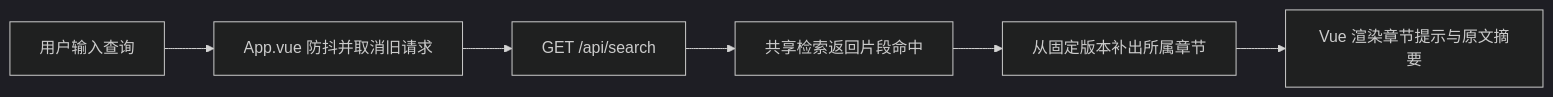
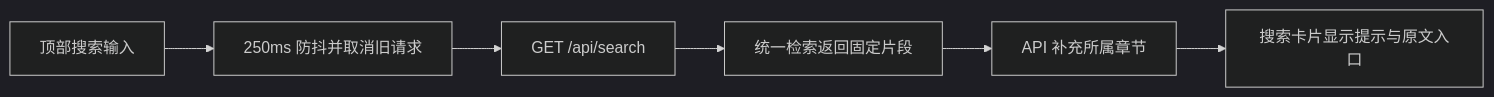
One commit to lejunyang/omem changed the diagram in .repo-review/knowledge/articles/0fc1372e659c300a4a7193e2de27f7d10a3c14baf8d61d9cee5f74f4a67a1d4a.md. Above: the diagram before and after it, drawn with Mermaid (dark theme). The commit also changed other lines of this file and 35 other files, not shown here.

````diff
--- a/.repo-review/knowledge/articles/0fc1372e659c300a4a7193e2de27f7d10a3c14baf8d61d9cee5f74f4a67a1d4a.md
+++ b/.repo-review/knowledge/articles/0fc1372e659c300a4a7193e2de27f7d10a3c14baf8d61d9cee5f74f4a67a1d4a.md
@@ -21,8 +27,8 @@
 ```mermaid
 flowchart LR
-  A[用户输入查询] --> B[App.vue 防抖并取消旧请求]
+  A[顶部搜索输入] --> B[250ms 防抖并取消旧请求]
   B --> C[GET /api/search]
-  C --> D[共享检索返回片段命中]
-  D --> E[从固定版本补出所属章节]
-  E --> F[Vue 渲染章节提示与原文摘要]
+  C --> D[统一检索返回固定片段]
+  D --> E[API 补充所属章节]
+  E --> F[搜索卡片显示提示与原文入口]
 ```
````
